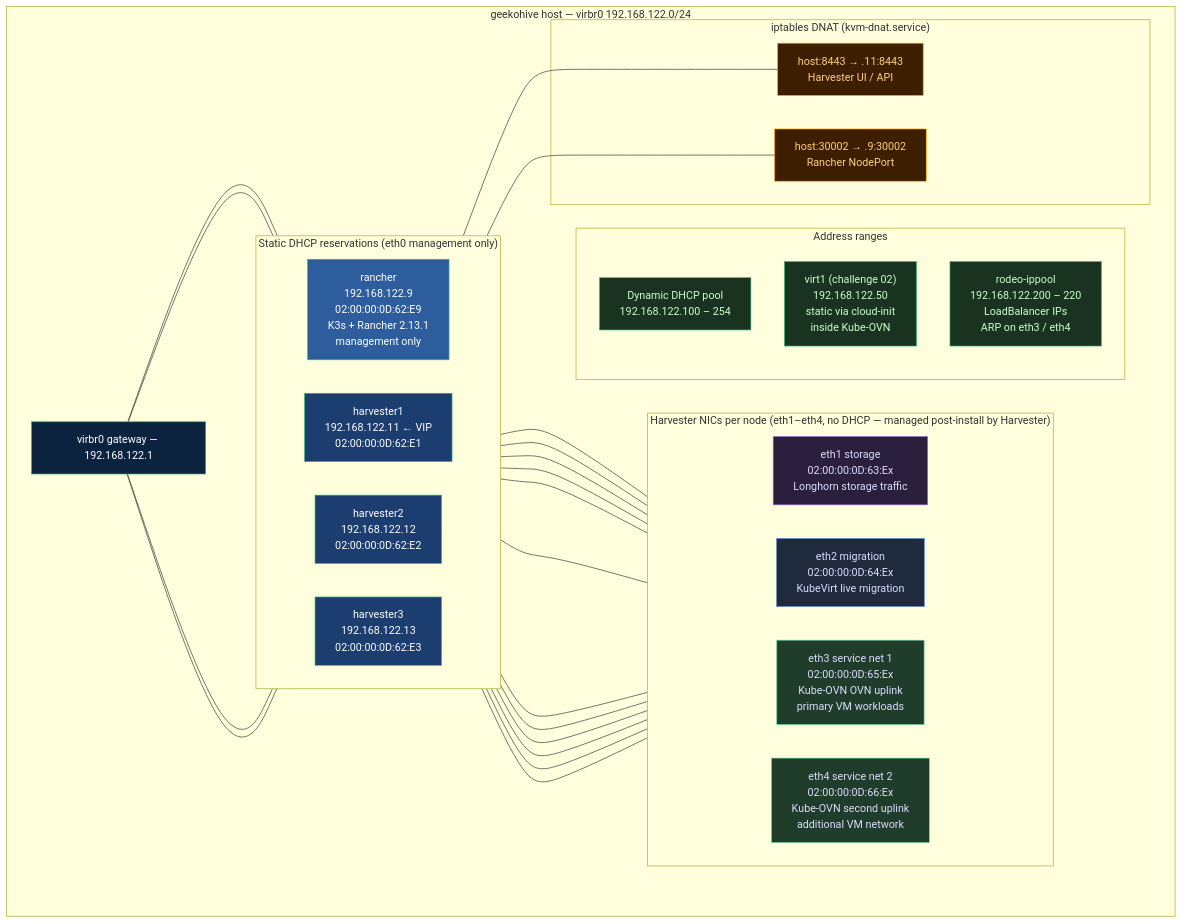
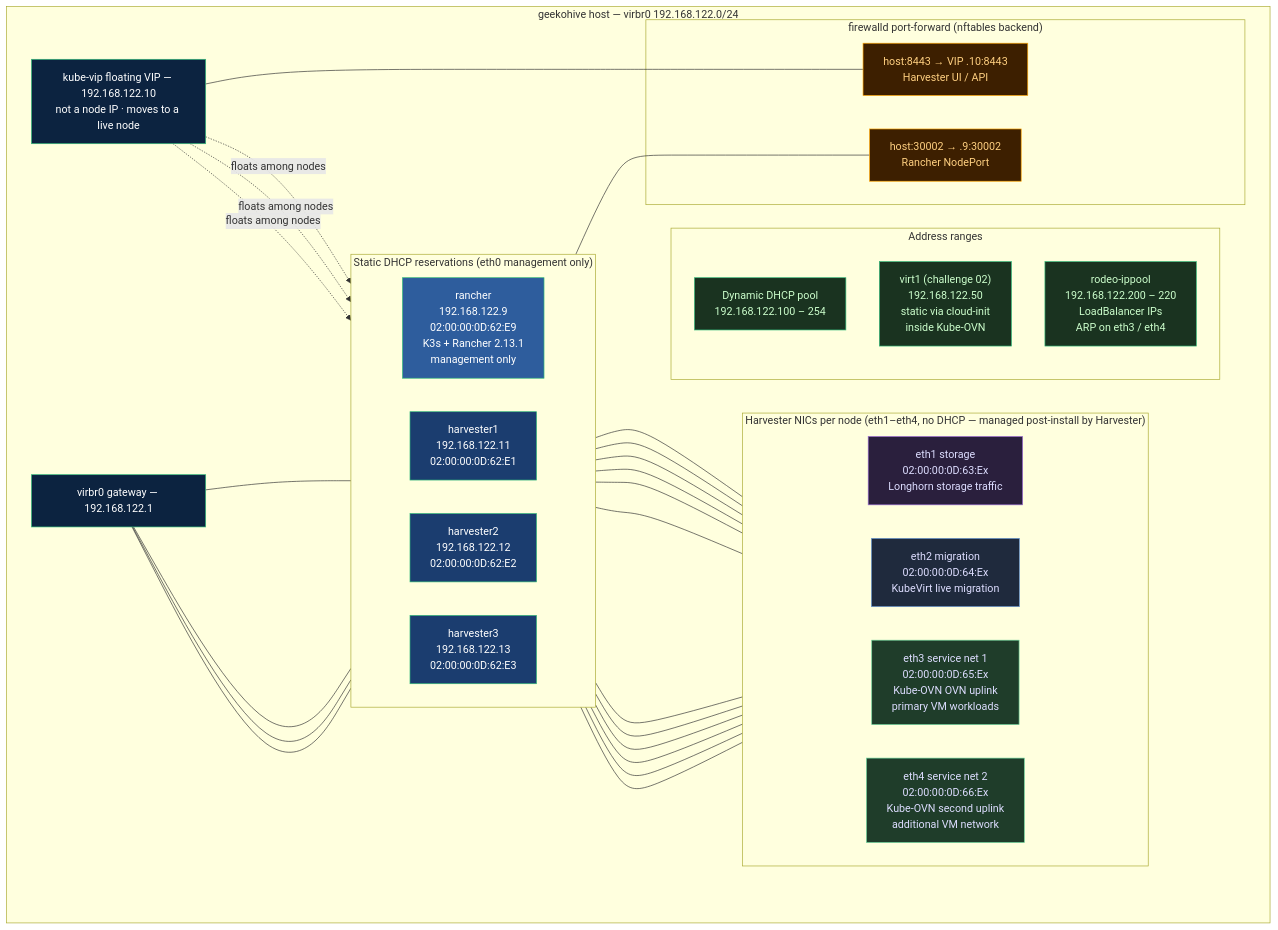
The diagram in assets/diagrams/network-topology.mmd (SUSE-Technical-Marketing/suse-virt-rodeo), drawn with Mermaid before and after one commit. The commit also changed 45 other files, not shown here.

First line of the commit message:
Migrate to SLES 16, add agnostic deployer, fix kube-vip floating VIP

```diff
--- a/assets/diagrams/network-topology.mmd
+++ b/assets/diagrams/network-topology.mmd
@@ -1,58 +1,61 @@
 graph TB
     subgraph HOST["geekohive host — virbr0  192.168.122.0/24"]
 
         GW["virbr0 gateway — 192.168.122.1"]
+        VIP["kube-vip floating VIP — 192.168.122.10\nnot a node IP · moves to a live node"]
 
         subgraph STATIC["Static DHCP reservations  (eth0 management only)"]
             direction LR
             R_VM["rancher\n192.168.122.9\n02:00:00:0D:62:E9\nK3s + Rancher 2.13.1\nmanagement only"]
-            H1_VM["harvester1\n192.168.122.11  ← VIP\n02:00:00:0D:62:E1"]
+            H1_VM["harvester1\n192.168.122.11\n02:00:00:0D:62:E1"]
             H2_VM["harvester2\n192.168.122.12\n02:00:00:0D:62:E2"]
             H3_VM["harvester3\n192.168.122.13\n02:00:00:0D:62:E3"]
         end
 
         subgraph NICS["Harvester NICs per node  (eth1–eth4, no DHCP — managed post-install by Harvester)"]
             direction LR
             STOR["eth1  storage\n02:00:00:0D:63:Ex\nLonghorn storage traffic"]
             MIGR["eth2  migration\n02:00:00:0D:64:Ex\nKubeVirt live migration"]
             SVC1["eth3  service net 1\n02:00:00:0D:65:Ex\nKube-OVN OVN uplink\nprimary VM workloads"]
             SVC2["eth4  service net 2\n02:00:00:0D:66:Ex\nKube-OVN second uplink\nadditional VM network"]
         end
 
         subgraph RANGES["Address ranges"]
             POOL["Dynamic DHCP pool\n192.168.122.100 – 254"]
             GUEST["virt1  (challenge 02)\n192.168.122.50\nstatic via cloud-init\ninside Kube-OVN"]
             LB["rodeo-ippool\n192.168.122.200 – 220\nLoadBalancer IPs\nARP on eth3 / eth4"]
         end
 
-        subgraph DNAT["iptables DNAT  (kvm-dnat.service)"]
-            D1["host:8443  →  .11:8443\nHarvester UI / API"]
+        subgraph DNAT["firewalld port-forward  (nftables backend)"]
+            D1["host:8443  →  VIP .10:8443\nHarvester UI / API"]
             D2["host:30002  →  .9:30002\nRancher NodePort"]
         end
     end
 
     GW --- H1_VM & H2_VM & H3_VM & R_VM
     H1_VM & H2_VM & H3_VM --- STOR
     H1_VM & H2_VM & H3_VM --- MIGR
     H1_VM & H2_VM & H3_VM --- SVC1
     H1_VM & H2_VM & H3_VM --- SVC2
-    H1_VM --- D1
+    VIP -.->|floats among nodes| H1_VM & H2_VM & H3_VM
+    VIP --- D1
     R_VM --- D2
 
     classDef harvester fill:#1B3D6F,stroke:#30BA78,color:#fff
     classDef rancher fill:#2E5D9D,stroke:#30BA78,color:#fff
     classDef dnat fill:#3D1F00,stroke:#FFA500,color:#FFD080
     classDef range fill:#1A3320,stroke:#30BA78,color:#cfc
     classDef storage fill:#2A1F3D,stroke:#9B6BD4,color:#ddf
     classDef migration fill:#1F2A3D,stroke:#6B9BD4,color:#ddf
     classDef service fill:#1F3D2A,stroke:#6BD49B,color:#ddf
     classDef gw fill:#0C2340,stroke:#30BA78,color:#fff
 
     class H1_VM,H2_VM,H3_VM harvester
     class R_VM rancher
+    class VIP gw
     class D1,D2 dnat
     class POOL,GUEST,LB range
     class STOR storage
     class MIGR migration
     class SVC1,SVC2 service
     class GW gw
```
